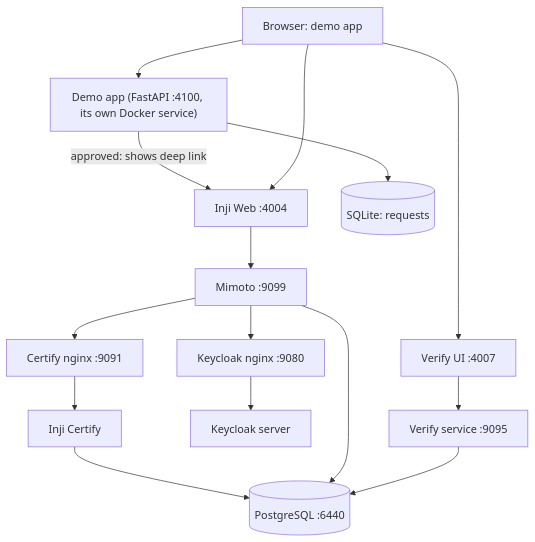
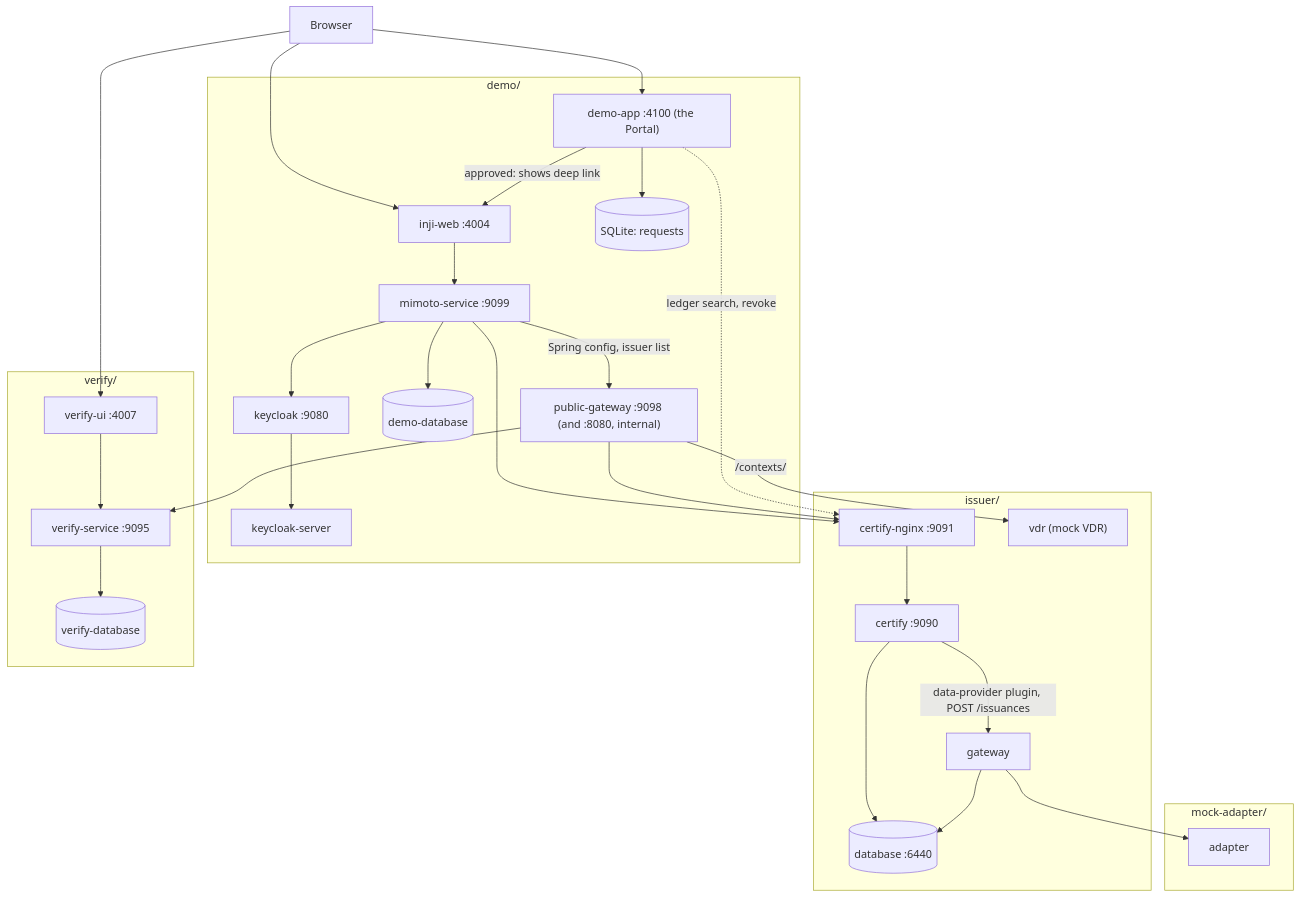
One commit to mosip-asia/ait-transcript changed the diagram in wiki/architecture/vc-stack.md. Above: the diagram before and after it, drawn with Mermaid. The commit also changed other lines of this file and 9 other files, not shown here.

````diff
--- a/wiki/architecture/vc-stack.md
+++ b/wiki/architecture/vc-stack.md
@@ -14,17 +14,38 @@
 ```mermaid
 flowchart TD
-  Browser["Browser: demo app"] --> DemoApp["Demo app (FastAPI :4100, its own Docker service)"]
-  DemoApp -->|approved: shows deep link| Web["Inji Web :4004"]
+  Browser["Browser"] --> DemoApp
   Browser --> Web
-  Browser --> VerifyUI["Verify UI :4007"]
-  Web --> Mimoto["Mimoto :9099"]
-  Mimoto --> KeycloakNginx["Keycloak nginx :9080"]
-  Mimoto --> CertifyNginx["Certify nginx :9091"]
-  CertifyNginx --> Certify["Inji Certify"]
-  KeycloakNginx --> Keycloak["Keycloak server"]
-  VerifyUI --> VerifyAPI["Verify service :9095"]
-  Certify --> DB[(PostgreSQL :6440)]
-  Mimoto --> DB
-  VerifyAPI --> DB
-  DemoApp --> SQLite[(SQLite: requests)]
+  Browser --> VerifyUI
+
+  subgraph demo["demo/"]
+    DemoApp["demo-app :4100 (the Portal)"] -->|approved: shows deep link| Web["inji-web :4004"]
+    Web --> Mimoto["mimoto-service :9099"]
+    Mimoto --> KeycloakNginx["keycloak :9080"] --> Keycloak["keycloak-server"]
+    Mimoto --> DemoDB[("demo-database")]
+    Mimoto -->|Spring config, issuer list| PublicGateway["public-gateway :9098 (and :8080, internal)"]
+    DemoApp --> SQLite[("SQLite: requests")]
+  end
+
+  subgraph issuer["issuer/"]
+    CertifyNginx["certify-nginx :9091"] --> Certify["certify :9090"]
+    Certify -->|"data-provider plugin, POST /issuances"| Gateway["gateway"]
+    Certify --> DB[("database :6440")]
+    Gateway --> DB
+    VDR["vdr (mock VDR)"]
+  end
+
+  subgraph mockadapter["mock-adapter/"]
+    Adapter["adapter"]
+  end
+
+  subgraph verify["verify/"]
+    VerifyUI["verify-ui :4007"] --> VerifyAPI["verify-service :9095"] --> VerifyDB[("verify-database")]
+  end
+
+  Mimoto --> CertifyNginx
+  Gateway --> Adapter
+  PublicGateway -->|/contexts/| VDR
+  PublicGateway --> CertifyNginx
+  PublicGateway --> VerifyAPI
+  DemoApp -.->|ledger search, revoke| CertifyNginx
 ```
````
